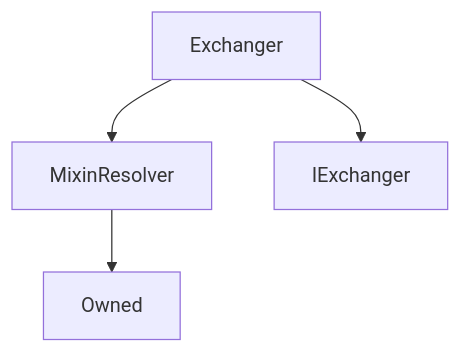
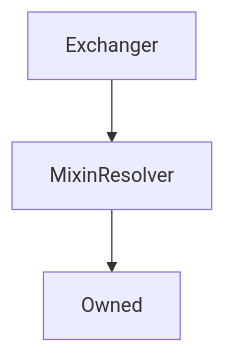
One commit to Synthetixio/synthetix-docs changed the diagram in content/contracts/Exchanger.md. Above: the diagram before and after it, drawn with Mermaid. The commit also changed 46 other files, not shown here.

````diff
--- a/content/contracts/Exchanger.md
+++ b/content/contracts/Exchanger.md
@@ -9,6 +9,5 @@
 ```mermaid
 graph TD
     Exchanger[Exchanger] --> MixinResolver[MixinResolver]
-    Exchanger[Exchanger] --> IExchanger[IExchanger]
     MixinResolver[MixinResolver] --> Owned[Owned]
 ```
````
